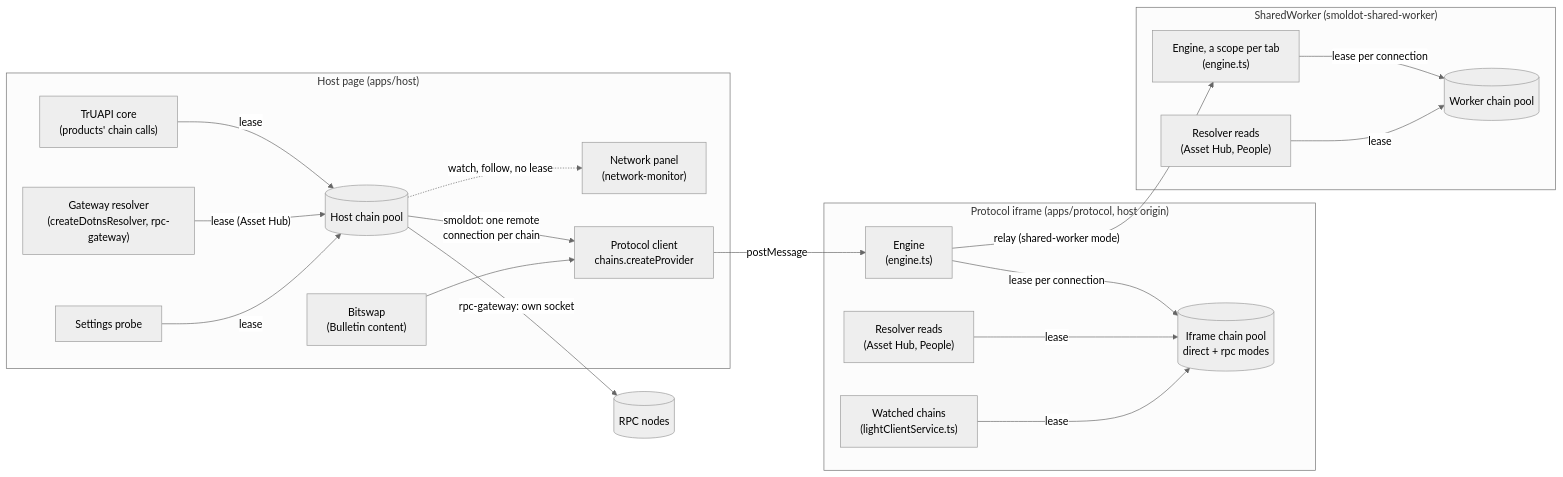
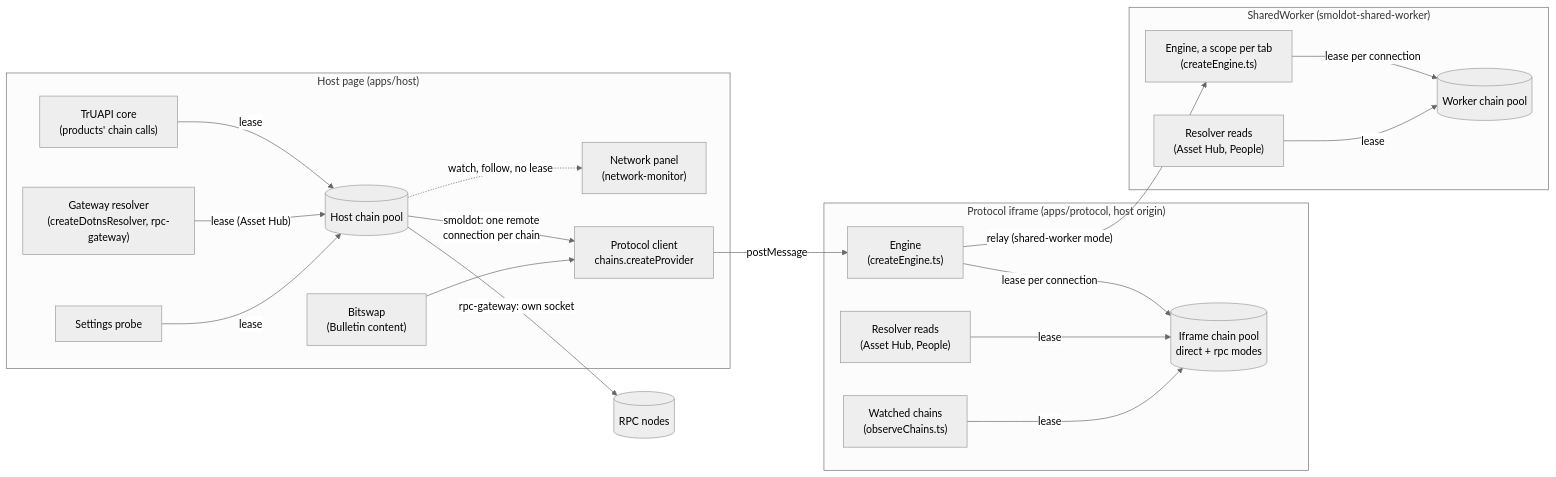
Before and after one commit to paritytech/dotli-community: the first of 7 diagrams in docs/chain-connections.md, drawn with Mermaid (neutral theme). The commit also changed other lines of this file and 85 other files, not shown here.

````diff
--- a/docs/chain-connections.md
+++ b/docs/chain-connections.md
@@ -36,42 +36,42 @@
 ```mermaid
 flowchart LR
   subgraph Host["Host page (apps/host)"]
     Core["TrUAPI core<br/>(products' chain calls)"]
     RpcResolve["Gateway resolver<br/>(createDotnsResolver, rpc-gateway)"]
     Panel["Network panel<br/>(network-monitor)"]
     Probe["Settings probe"]
     Bitswap["Bitswap<br/>(Bulletin content)"]
     Client["Protocol client<br/>chains.createProvider"]
     HostPool[("Host chain pool")]
   end
 
   subgraph Iframe["Protocol iframe (apps/protocol, host origin)"]
-    Engine["Engine<br/>(engine.ts)"]
+    Engine["Engine<br/>(createEngine.ts)"]
     IframePool[("Iframe chain pool<br/>direct + rpc modes")]
     Resolver["Resolver reads<br/>(Asset Hub, People)"]
-    Observe["Watched chains<br/>(lightClientService.ts)"]
+    Observe["Watched chains<br/>(observeChains.ts)"]
   end
 
   subgraph Worker["SharedWorker (smoldot-shared-worker)"]
-    Sessions["Engine, a scope per tab<br/>(engine.ts)"]
+    Sessions["Engine, a scope per tab<br/>(createEngine.ts)"]
     WorkerPool[("Worker chain pool")]
     WResolver["Resolver reads<br/>(Asset Hub, People)"]
   end
 
   Nodes[("RPC nodes")]
 
   Core -- lease --> HostPool
   RpcResolve -- "lease (Asset Hub)" --> HostPool
   HostPool -.->|"watch, follow, no lease"| Panel
   Probe -- lease --> HostPool
   HostPool -- "rpc-gateway: own socket" --> Nodes
   HostPool -- "smoldot: one remote<br/>connection per chain" --> Client
   Bitswap --> Client
   Client -- postMessage --> Engine
   Engine -- "lease per connection" --> IframePool
   Resolver -- lease --> IframePool
   Observe -- lease --> IframePool
   Engine -- "relay (shared-worker mode)" --> Sessions
   Sessions -- "lease per connection" --> WorkerPool
   WResolver -- lease --> WorkerPool
 ```
````
